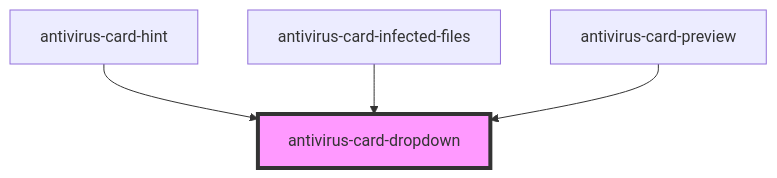
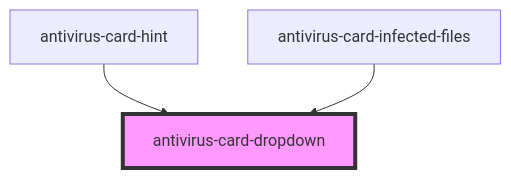
Before and after one commit to ispsystem/plugin-imunify: the diagram in client/packages/antivirus-card/src/components/dropdown/readme.md, drawn with Mermaid. The commit also changed other lines of this file and 18 other files, not shown here.

First line of the commit message:
feat(antivirus-card): 🌟 update preview component

````diff
--- a/client/packages/antivirus-card/src/components/dropdown/readme.md
+++ b/client/packages/antivirus-card/src/components/dropdown/readme.md
@@ -38,7 +37,6 @@
 ```mermaid
 graph TD;
   antivirus-card-hint --> antivirus-card-dropdown
   antivirus-card-infected-files --> antivirus-card-dropdown
-  antivirus-card-preview --> antivirus-card-dropdown
   style antivirus-card-dropdown fill:#f9f,stroke:#333,stroke-width:4px
 ```
````
